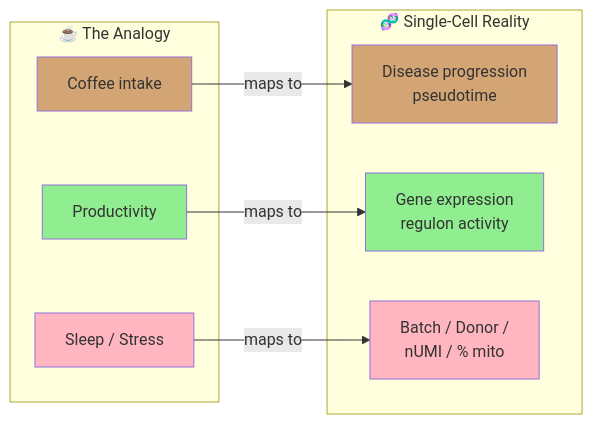
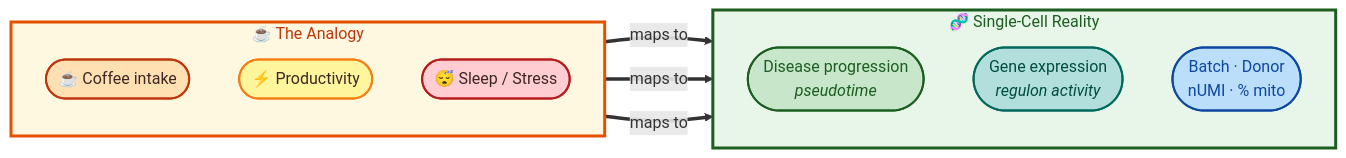
Before and after one commit to ramadatta/ramadatta.github.io: the first of 4 diagrams in _posts/2026-04-13-LM-vs-GLM-vs-GAM.md, drawn with Mermaid. The commit also changed other lines of this file, not shown here.

```diff
--- a/_posts/2026-04-13-LM-vs-GLM-vs-GAM.md
+++ b/_posts/2026-04-13-LM-vs-GLM-vs-GAM.md
@@ -41,25 +41,29 @@
-<div class="mermaid">
+<div class="mermaid" style="display: flex; justify-content: center;">
 flowchart LR
     subgraph Analogy["☕ The Analogy"]
-        A1[Coffee intake]
-        A2[Productivity]
-        A3[Sleep / Stress]
+        direction TB
+        A1(["☕ Coffee intake"])
+        A2(["⚡ Productivity"])
+        A3(["😴 Sleep / Stress"])
     end
 
     subgraph Biology["🧬 Single-Cell Reality"]
-        B1[Disease progression<br/>pseudotime]
-        B2[Gene expression<br/>regulon activity]
-        B3[Batch / Donor /<br/>nUMI / % mito]
+        direction TB
+        B1(["Disease progression<br/><i>pseudotime</i>"])
+        B2(["Gene expression<br/><i>regulon activity</i>"])
+        B3(["Batch · Donor<br/>nUMI · % mito"])
     end
 
-    A1 -->|maps to| B1
-    A2 -->|maps to| B2
-    A3 -->|maps to| B3
+    A1 ==>|maps to| B1
+    A2 ==>|maps to| B2
+    A3 ==>|maps to| B3
 
-    style A1 fill:#D4A574
-    style A2 fill:#90EE90
-    style A3 fill:#FFB6C1
-    style B1 fill:#D4A574
-    style B2 fill:#90EE90
-    style B3 fill:#FFB6C1
+    style Analogy fill:#FFF8E1,stroke:#E65100,stroke-width:3px,color:#BF360C
+    style Biology fill:#E8F5E9,stroke:#1B5E20,stroke-width:3px,color:#1B5E20
+    style A1 fill:#FFE0B2,stroke:#BF360C,stroke-width:2px,color:#3E2723
+    style A2 fill:#FFF59D,stroke:#F57F17,stroke-width:2px,color:#3E2723
+    style A3 fill:#FFCDD2,stroke:#B71C1C,stroke-width:2px,color:#3E2723
+    style B1 fill:#C8E6C9,stroke:#1B5E20,stroke-width:2px,color:#1B5E20
+    style B2 fill:#B2DFDB,stroke:#00695C,stroke-width:2px,color:#004D40
+    style B3 fill:#BBDEFB,stroke:#0D47A1,stroke-width:2px,color:#0D47A1
 </div>
```
